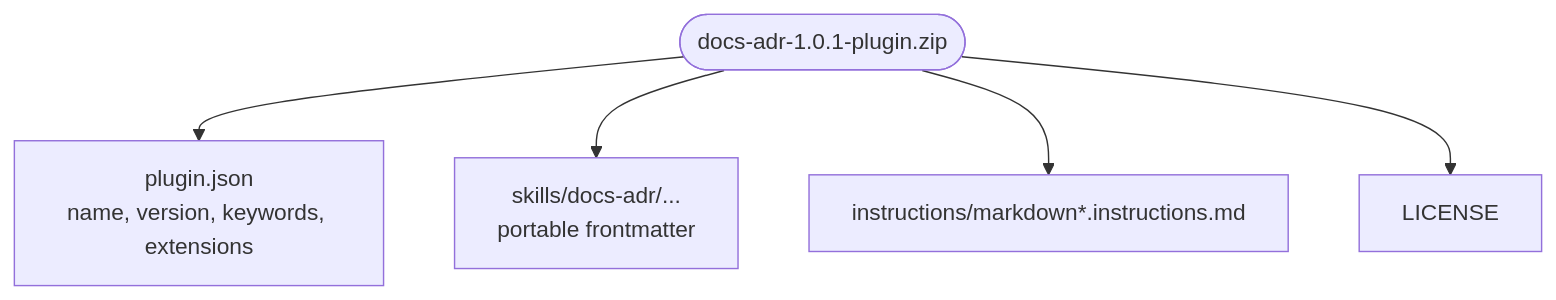
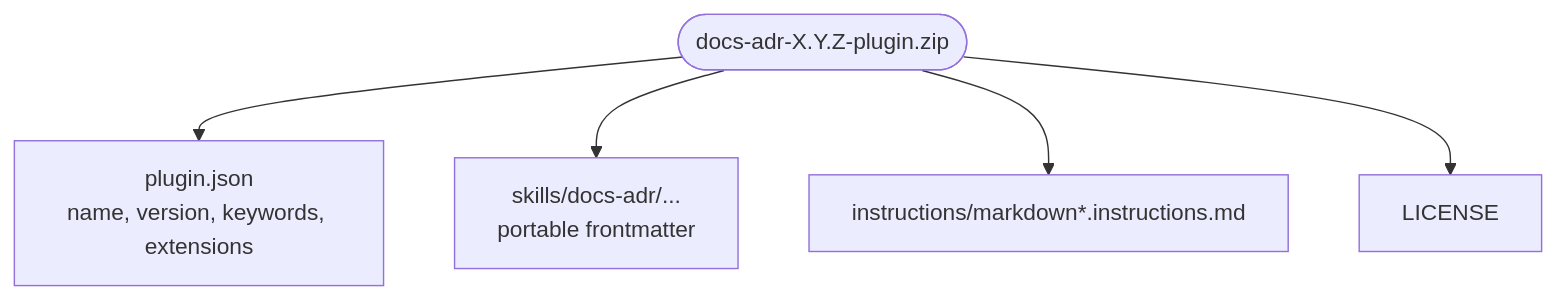
The fifth of 7 diagrams in docs/architecture.md (f2calv/.github), drawn with Mermaid before and after one commit. The commit also changed other lines of this file and 24 other files, not shown here.

````diff
--- a/docs/architecture.md
+++ b/docs/architecture.md
@@ -146,13 +150,13 @@
 ```mermaid
 graph TD
-    zip([docs-adr-1.0.1-plugin.zip])
+    zip([docs-adr-X.Y.Z-plugin.zip])
     manifest[plugin.json<br/>name, version, keywords, extensions]
     skill[skills/docs-adr/...<br/>portable frontmatter]
     ext[instructions/markdown*.instructions.md]
     lic[LICENSE]
 
     zip --> manifest
     zip --> skill
     zip --> ext
     zip --> lic
 ```
````
